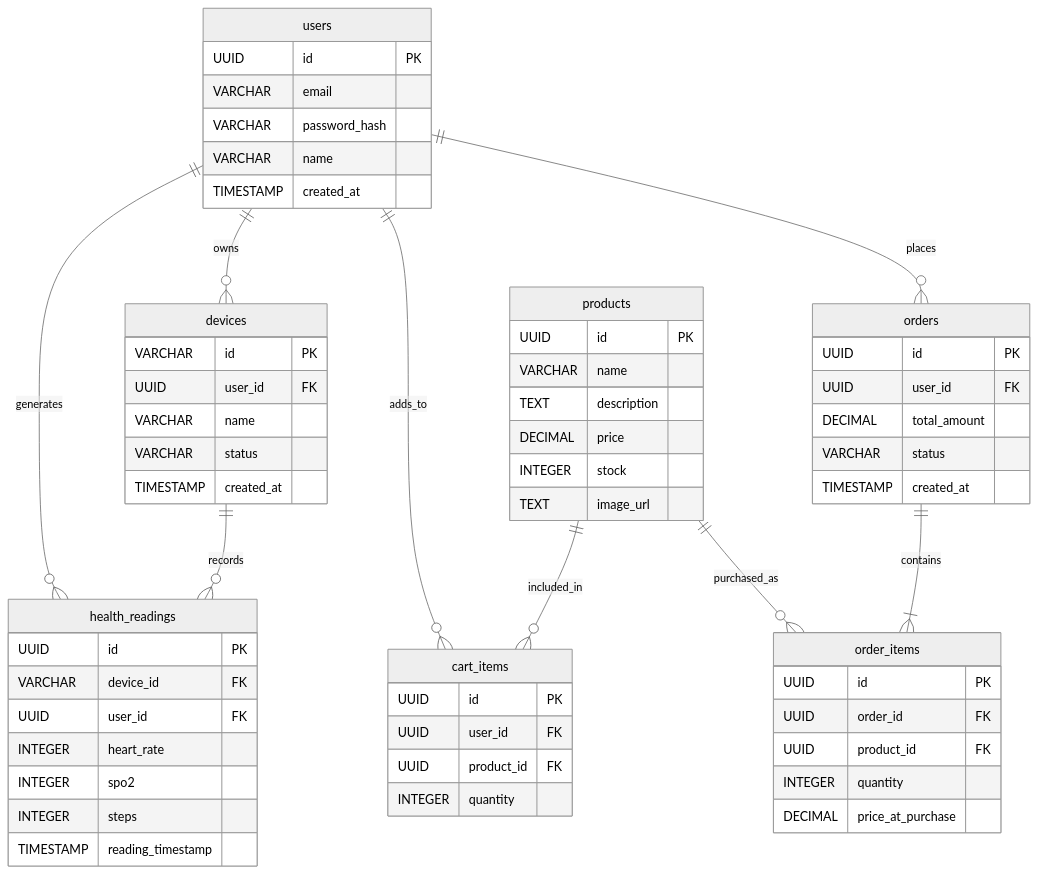
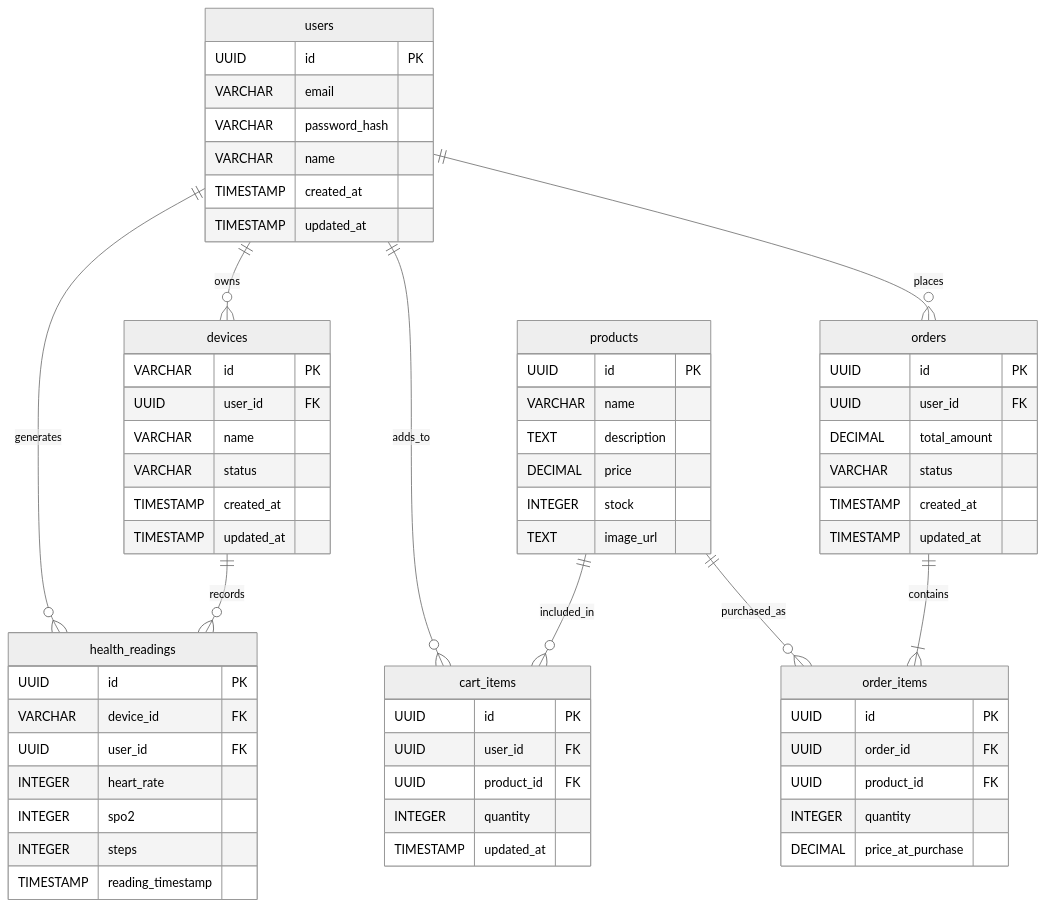
The diagram in docs/DATABASE.md (thisisroshans/erbrains), drawn with Mermaid (neutral theme) before and after one commit. The commit also changed other lines of this file and 56 other files, not shown here.

````diff
--- a/docs/DATABASE.md
+++ b/docs/DATABASE.md
@@ -9,72 +9,76 @@
 ```mermaid
 erDiagram
     users ||--o{ devices : owns
     users ||--o{ health_readings : generates
     users ||--o{ cart_items : adds_to
     users ||--o{ orders : places
 
     devices ||--o{ health_readings : records
 
     products ||--o{ cart_items : included_in
     products ||--o{ order_items : purchased_as
 
     orders ||--|{ order_items : contains
 
     users {
         UUID id PK
         VARCHAR email
         VARCHAR password_hash
         VARCHAR name
         TIMESTAMP created_at
+        TIMESTAMP updated_at
     }
 
     devices {
         VARCHAR id PK
         UUID user_id FK
         VARCHAR name
         VARCHAR status
         TIMESTAMP created_at
+        TIMESTAMP updated_at
     }
 
     health_readings {
         UUID id PK
         VARCHAR device_id FK
         UUID user_id FK
         INTEGER heart_rate
         INTEGER spo2
         INTEGER steps
         TIMESTAMP reading_timestamp
     }
 
     products {
         UUID id PK
         VARCHAR name
         TEXT description
         DECIMAL price
         INTEGER stock
         TEXT image_url
     }
 
     cart_items {
         UUID id PK
         UUID user_id FK
         UUID product_id FK
         INTEGER quantity
+        TIMESTAMP updated_at
     }
 
     orders {
         UUID id PK
         UUID user_id FK
         DECIMAL total_amount
         VARCHAR status
         TIMESTAMP created_at
+        TIMESTAMP updated_at
     }
 
     order_items {
         UUID id PK
         UUID order_id FK
         UUID product_id FK
         INTEGER quantity
         DECIMAL price_at_purchase
     }
 ```
````
